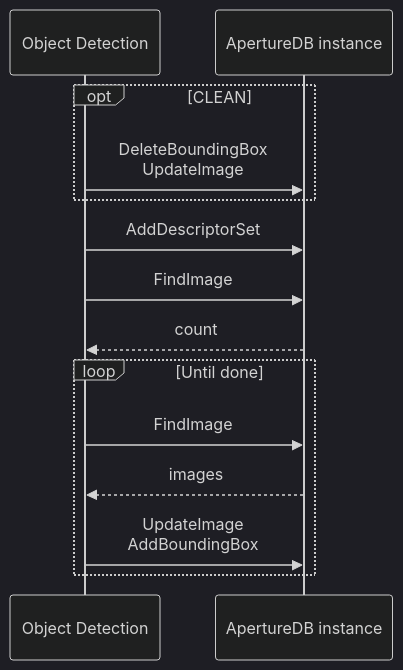
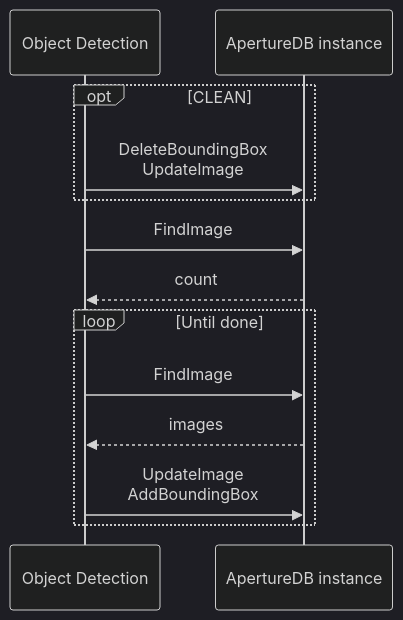
Before and after one commit to aperture-data/workflows: the diagram in apps/object-detection/README.md, drawn with Mermaid (dark theme).

Commit message:
remove AddDescriptorSet

````diff
--- a/apps/object-detection/README.md
+++ b/apps/object-detection/README.md
@@ -11,16 +11,15 @@
 ```mermaid
 sequenceDiagram
     participant W as Object Detection
     participant A as ApertureDB instance
     opt CLEAN
         W->>A: DeleteBoundingBox<br/>UpdateImage
     end
-    W->>A: AddDescriptorSet
     W->>A: FindImage
     A-->>W: count
     loop Until done
         W->>A: FindImage
         A-->>W: images
         W->>A: UpdateImage<br/>AddBoundingBox
     end
 ```
````
